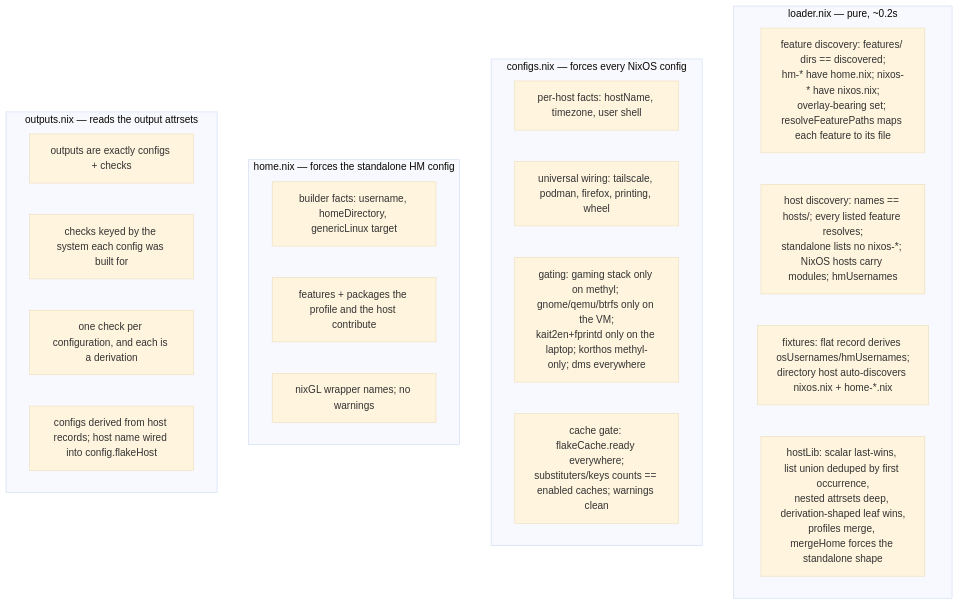
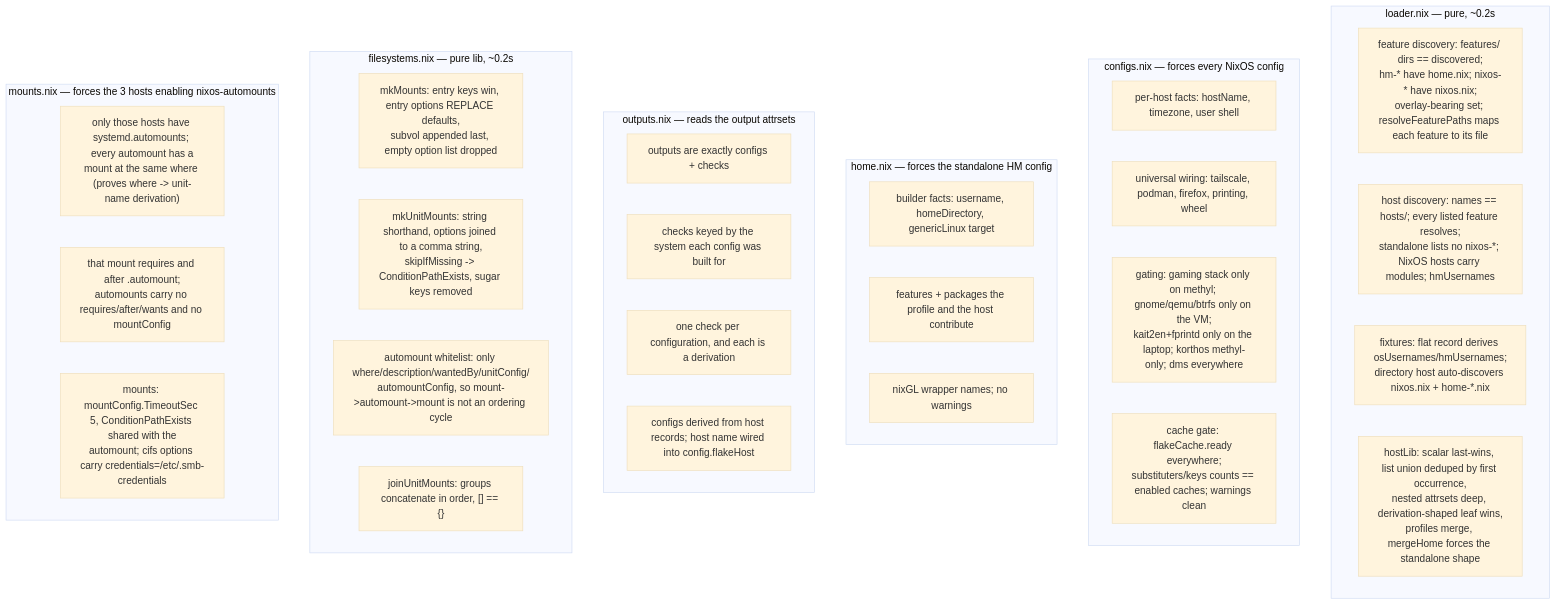
One commit to WombatFromHell/automatic-palm-tree changed the third of 5 diagrams in TEST_DESIGN.md. Above: the diagram before and after it, drawn with Mermaid (base theme). The commit also changed other lines of this file and 29 other files, not shown here.

Commit message:
Add comprehensive tests for 'lib/filesystems.nix'

````diff
--- a/TEST_DESIGN.md
+++ b/TEST_DESIGN.md
@@ -37,26 +39,37 @@
 ```mermaid
 flowchart TD
   subgraph loader["loader.nix — pure, ~0.2s"]
     L1["feature discovery: features/ dirs == discovered;<br/>hm-* have home.nix; nixos-* have nixos.nix;<br/>overlay-bearing set; resolveFeaturePaths maps each feature to its file"]
     L2["host discovery: names == hosts/; every listed feature resolves;<br/>standalone lists no nixos-*; NixOS hosts carry modules; hmUsernames"]
     L3["fixtures: flat record derives osUsernames/hmUsernames;<br/>directory host auto-discovers nixos.nix + home-*.nix"]
     L4["hostLib: scalar last-wins, list union deduped by first occurrence,<br/>nested attrsets deep, derivation-shaped leaf wins,<br/>profiles merge, mergeHome forces the standalone shape"]
   end
   subgraph configs["configs.nix — forces every NixOS config"]
     C1["per-host facts: hostName, timezone, user shell"]
     C2["universal wiring: tailscale, podman, firefox, printing, wheel"]
     C3["gating: gaming stack only on methyl; gnome/qemu/btrfs only on the VM;<br/>kait2en+fprintd only on the laptop; korthos methyl-only; dms everywhere"]
     C4["cache gate: flakeCache.ready everywhere;<br/>substituters/keys counts == enabled caches; warnings clean"]
   end
   subgraph home["home.nix — forces the standalone HM config"]
     H1["builder facts: username, homeDirectory, genericLinux target"]
     H2["features + packages the profile and the host contribute"]
     H3["nixGL wrapper names; no warnings"]
   end
   subgraph outputs["outputs.nix — reads the output attrsets"]
     O1["outputs are exactly configs + checks"]
     O2["checks keyed by the system each config was built for"]
     O3["one check per configuration, and each is a derivation"]
     O4["configs derived from host records; host name wired into config.flakeHost"]
   end
+  subgraph filesystems["filesystems.nix — pure lib, ~0.2s"]
+    F1["mkMounts: entry keys win, entry options REPLACE defaults,<br/>subvol appended last, empty option list dropped"]
+    F2["mkUnitMounts: string shorthand, options joined to a comma string,<br/>skipIfMissing -> ConditionPathExists, sugar keys removed"]
+    F3["automount whitelist: only where/description/wantedBy/unitConfig/<br/>automountConfig, so mount->automount->mount is not an ordering cycle"]
+    F4["joinUnitMounts: groups concatenate in order, [] == {}"]
+  end
+  subgraph mounts["mounts.nix — forces the 3 hosts enabling nixos-automounts"]
+    M1["only those hosts have systemd.automounts; every automount has a<br/>mount at the same where (proves where -> unit-name derivation)"]
+    M2["that mount requires and after <unit>.automount;<br/>automounts carry no requires/after/wants and no mountConfig"]
+    M3["mounts: mountConfig.TimeoutSec 5, ConditionPathExists shared with the<br/>automount; cifs options carry credentials=/etc/.smb-credentials"]
+  end
 ```
````
